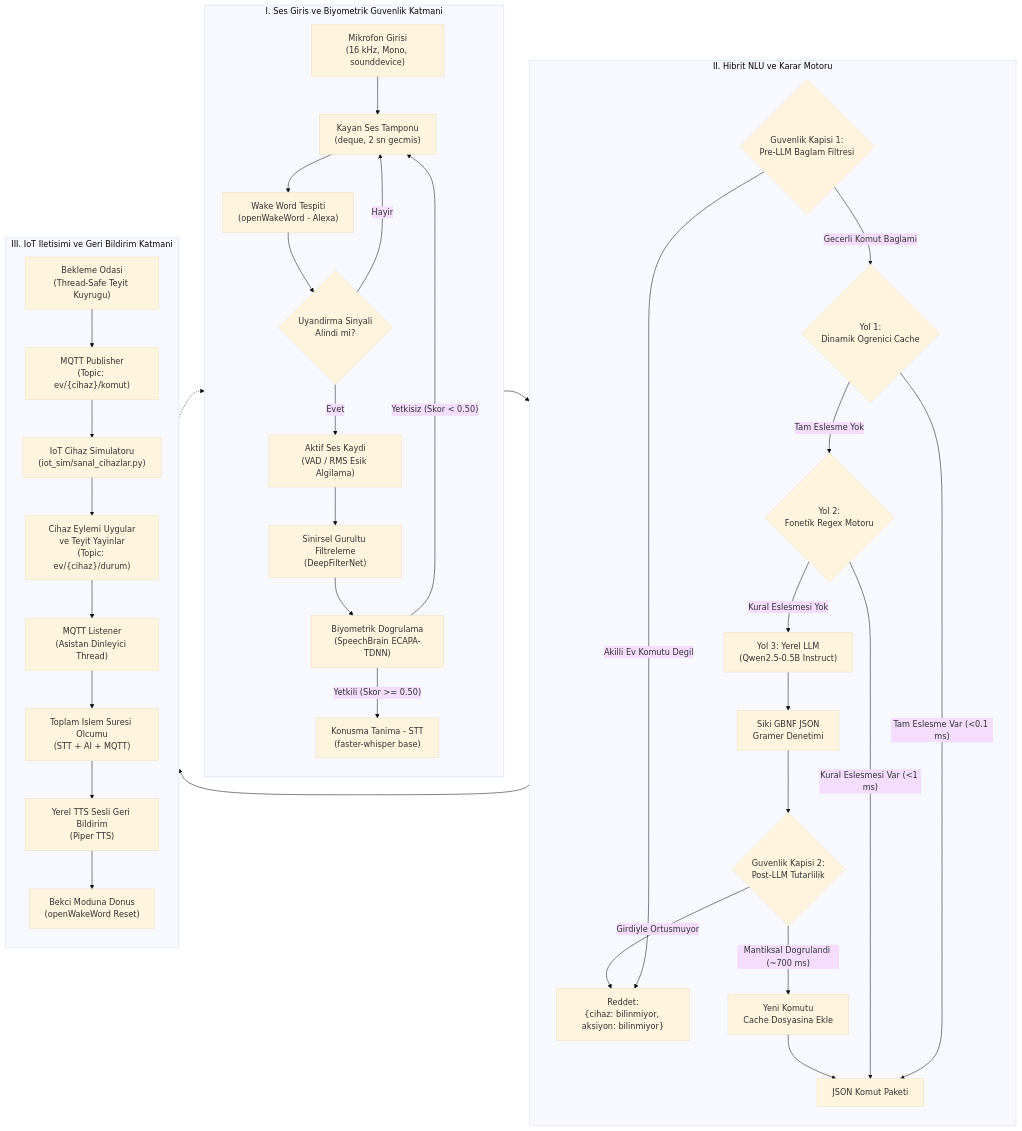
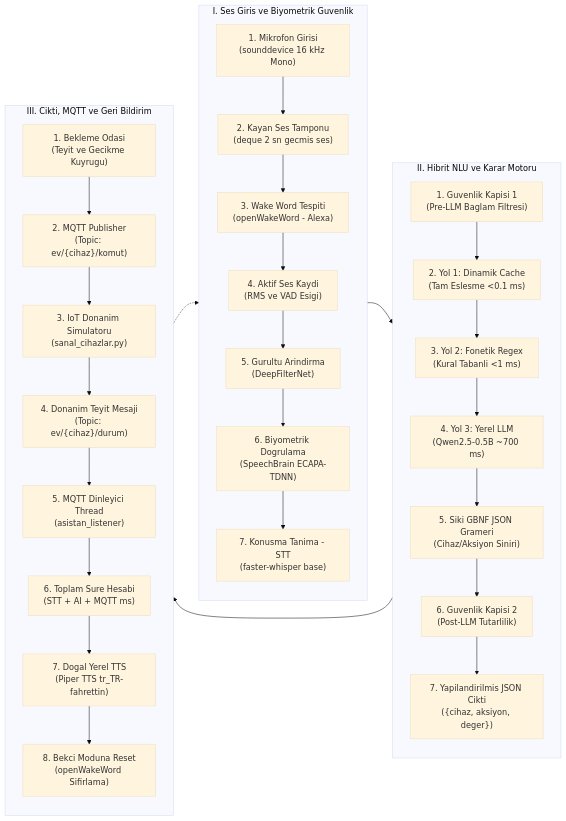
The diagram in README.md (metindeder/Smarthhome), drawn with Mermaid (base theme) before and after one commit.

Commit message:
readme güncellendi

````diff
--- a/README.md
+++ b/README.md
@@ -66,46 +66,40 @@
 ```mermaid
 flowchart LR
-    subgraph Katman1 ["I. Ses Giris ve Biyometrik Guvenlik Katmani"]
+    subgraph Katman1 ["I. Ses Giris ve Biyometrik Guvenlik"]
         direction TB
-        A["Mikrofon Girisi\n(16 kHz, Mono, sounddevice)"] --> B["Kayan Ses Tamponu\n(deque, 2 sn gecmis)"]
-        B --> C["Wake Word Tespiti\n(openWakeWord - Alexa)"]
-        C --> D{"Uyandirma Sinyali\nAlindi mi?"}
-        D -- "Hayir" --> B
-        D -- "Evet" --> E["Aktif Ses Kaydi\n(VAD / RMS Esik Algilama)"]
-        E --> F["Sinirsel Gurultu Filtreleme\n(DeepFilterNet)"]
-        F --> G["Biyometrik Dogrulama\n(SpeechBrain ECAPA-TDNN)"]
-        G -- "Yetkisiz (Skor < 0.50)" --> B
-        G -- "Yetkili (Skor >= 0.50)" --> H["Konusma Tanima - STT\n(faster-whisper base)"]
+        A1["1. Mikrofon Girisi\n(sounddevice 16 kHz Mono)"]
+        A1 --> A2["2. Kayan Ses Tamponu\n(deque 2 sn gecmis ses)"]
+        A2 --> A3["3. Wake Word Tespiti\n(openWakeWord - Alexa)"]
+        A3 --> A4["4. Aktif Ses Kaydi\n(RMS ve VAD Esigi)"]
+        A4 --> A5["5. Gurultu Arindirma\n(DeepFilterNet)"]
+        A5 --> A6["6. Biyometrik Dogrulama\n(SpeechBrain ECAPA-TDNN)"]
+        A6 --> A7["7. Konusma Tanima - STT\n(faster-whisper base)"]
     end
 
     subgraph Katman2 ["II. Hibrit NLU ve Karar Motoru"]
         direction TB
-        I{"Guvenlik Kapisi 1:\nPre-LLM Baglam Filtresi"}
-        I -- "Akilli Ev Komutu Degil" --> J["Reddet:\n{cihaz: bilinmiyor, aksiyon: bilinmiyor}"]
-        I -- "Gecerli Komut Baglami" --> K{"Yol 1:\nDinamik Ogrenici Cache"}
-        K -- "Tam Eslesme Var (<0.1 ms)" --> Q["JSON Komut Paketi"]
-        K -- "Tam Eslesme Yok" --> L{"Yol 2:\nFonetik Regex Motoru"}
-        L -- "Kural Eslesmesi Var (<1 ms)" --> Q
-        L -- "Kural Eslesmesi Yok" --> M["Yol 3: Yerel LLM\n(Qwen2.5-0.5B Instruct)"]
-        M --> N["Siki GBNF JSON\nGramer Denetimi"]
-        N --> O{"Guvenlik Kapisi 2:\nPost-LLM Tutarlilik"}
-        O -- "Girdiyle Ortusmuyor" --> J
-        O -- "Mantiksal Dogrulandi (~700 ms)" --> P["Yeni Komutu\nCache Dosyasina Ekle"]
-        P --> Q
+        B1["1. Guvenlik Kapisi 1\n(Pre-LLM Baglam Filtresi)"]
+        B1 --> B2["2. Yol 1: Dinamik Cache\n(Tam Eslesme <0.1 ms)"]
+        B2 --> B3["3. Yol 2: Fonetik Regex\n(Kural Tabanli <1 ms)"]
+        B3 --> B4["4. Yol 3: Yerel LLM\n(Qwen2.5-0.5B ~700 ms)"]
+        B4 --> B5["5. Siki GBNF JSON Grameri\n(Cihaz/Aksiyon Siniri)"]
+        B5 --> B6["6. Guvenlik Kapisi 2\n(Post-LLM Tutarlilik)"]
+        B6 --> B7["7. Yapilandirilmis JSON Cikti\n({cihaz, aksiyon, deger})"]
     end
 
-    subgraph Katman3 ["III. IoT Iletisimi ve Geri Bildirim Katmani"]
+    subgraph Katman3 ["III. Cikti, MQTT ve Geri Bildirim"]
         direction TB
-        R["Bekleme Odasi\n(Thread-Safe Teyit Kuyrugu)"] --> S["MQTT Publisher\n(Topic: ev/{cihaz}/komut)"]
-        S --> T["IoT Cihaz Simulatoru\n(iot_sim/sanal_cihazlar.py)"]
-        T --> U["Cihaz Eylemi Uygular\nve Teyit Yayinlar\n(Topic: ev/{cihaz}/durum)"]
-        U --> V["MQTT Listener\n(Asistan Dinleyici Thread)"]
-        V --> W["Toplam Islem Suresi Olcumu\n(STT + AI + MQTT)"]
-        W --> X["Yerel TTS Sesli Geri Bildirim\n(Piper TTS)"]
-        X --> Y["Bekci Moduna Donus\n(openWakeWord Reset)"]
+        C1["1. Bekleme Odasi\n(Teyit ve Gecikme Kuyrugu)"]
+        C1 --> C2["2. MQTT Publisher\n(Topic: ev/{cihaz}/komut)"]
+        C2 --> C3["3. IoT Donanim Simulatoru\n(sanal_cihazlar.py)"]
+        C3 --> C4["4. Donanim Teyit Mesaji\n(Topic: ev/{cihaz}/durum)"]
+        C4 --> C5["5. MQTT Dinleyici Thread\n(asistan_listener)"]
+        C5 --> C6["6. Toplam Sure Hesabi\n(STT + AI + MQTT ms)"]
+        C6 --> C7["7. Dogal Yerel TTS\n(Piper TTS tr_TR-fahrettin)"]
+        C7 --> C8["8. Bekci Moduna Reset\n(openWakeWord Sifirlama)"]
     end
 
-    H --> I
-    Q --> R
-    Y -.-> B
+    A7 --> B1
+    B7 --> C1
+    C8 -.-> A2
 ```
````
